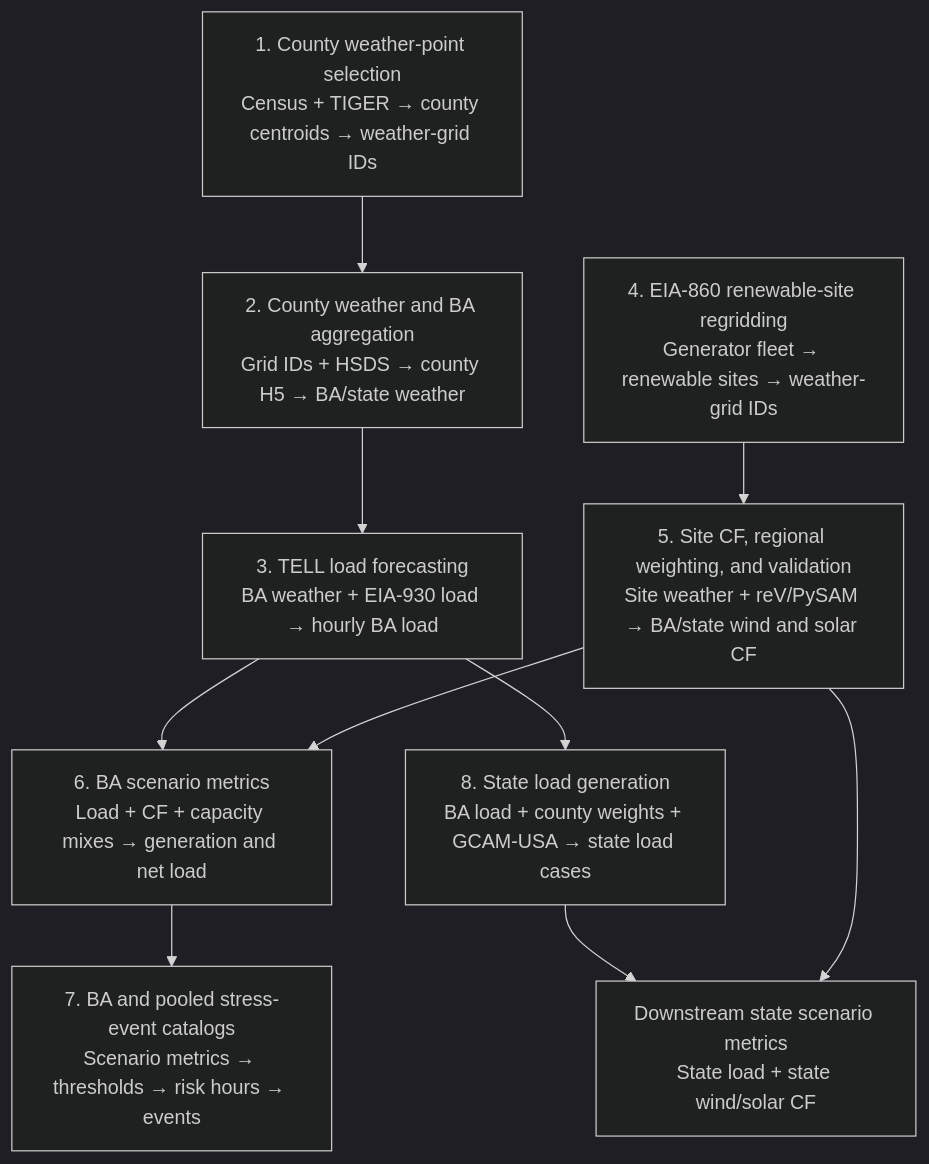
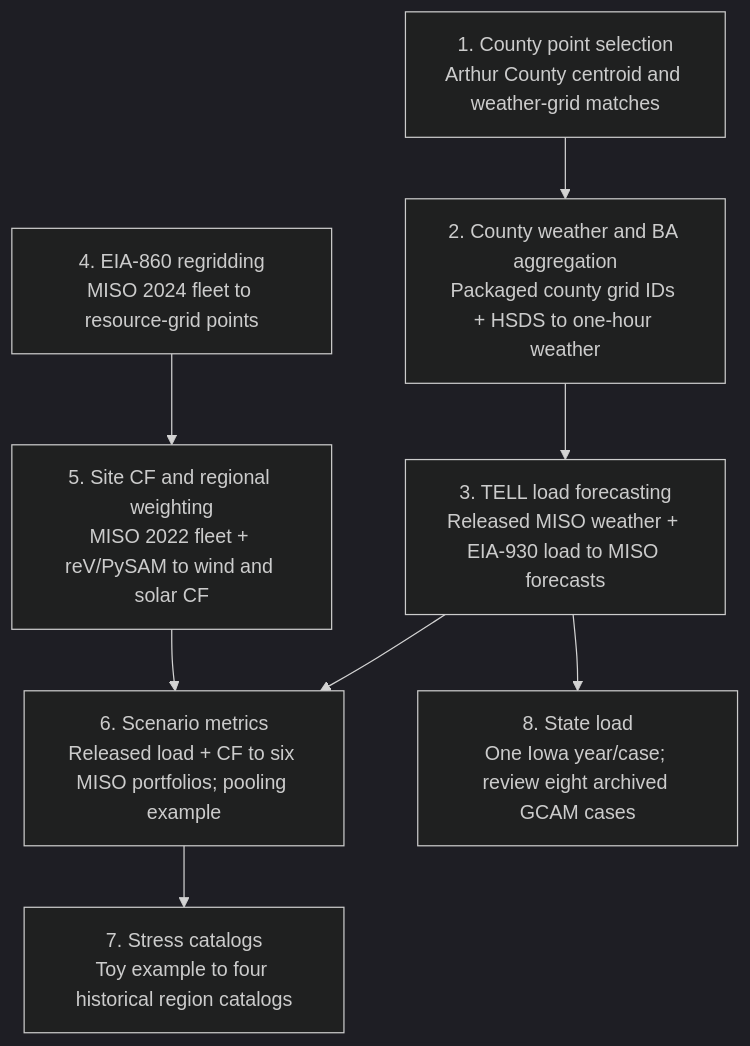
Before and after one commit to charliephillips4201/wxdata-notebooks: the diagram in notebooks/data_flow/README.md, drawn with Mermaid (dark theme). The commit also changed other lines of this file and 32 other files, not shown here.

````diff
--- a/notebooks/data_flow/README.md
+++ b/notebooks/data_flow/README.md
@@ -20,18 +9,15 @@
 ```mermaid
 flowchart TD
-    A["1. County weather-point selection<br/>Census + TIGER → county centroids → weather-grid IDs"]
-    B["2. County weather and BA aggregation<br/>Grid IDs + HSDS → county H5 → BA/state weather"]
-    C["3. TELL load forecasting<br/>BA weather + EIA-930 load → hourly BA load"]
-    D["4. EIA-860 renewable-site regridding<br/>Generator fleet → renewable sites → weather-grid IDs"]
-    E["5. Site CF, regional weighting, and validation<br/>Site weather + reV/PySAM → BA/state wind and solar CF"]
-    F["6. BA scenario metrics<br/>Load + CF + capacity mixes → generation and net load"]
-    G["7. BA and pooled stress-event catalogs<br/>Scenario metrics → thresholds → risk hours → events"]
-    H["8. State load generation<br/>BA load + county weights + GCAM-USA → state load cases"]
-    I["Downstream state scenario metrics<br/>State load + state wind/solar CF"]
-
+    A["1. County point selection<br/>Arthur County centroid and weather-grid matches"]
+    B["2. County weather and BA aggregation<br/>Packaged county grid IDs + HSDS to one-hour weather"]
+    C["3. TELL load forecasting<br/>Released MISO weather + EIA-930 load to MISO forecasts"]
+    D["4. EIA-860 regridding<br/>MISO 2024 fleet to resource-grid points"]
+    E["5. Site CF and regional weighting<br/>MISO 2022 fleet + reV/PySAM to wind and solar CF"]
+    F["6. Scenario metrics<br/>Released load + CF to six MISO portfolios; pooling example"]
+    G["7. Stress catalogs<br/>Toy example to four historical region catalogs"]
+    H["8. State load<br/>One Iowa year/case; review eight archived GCAM cases"]
     A --> B --> C --> F
     D --> E --> F
     F --> G
-    C --> H --> I
-    E --> I
+    C --> H
 ```
````
